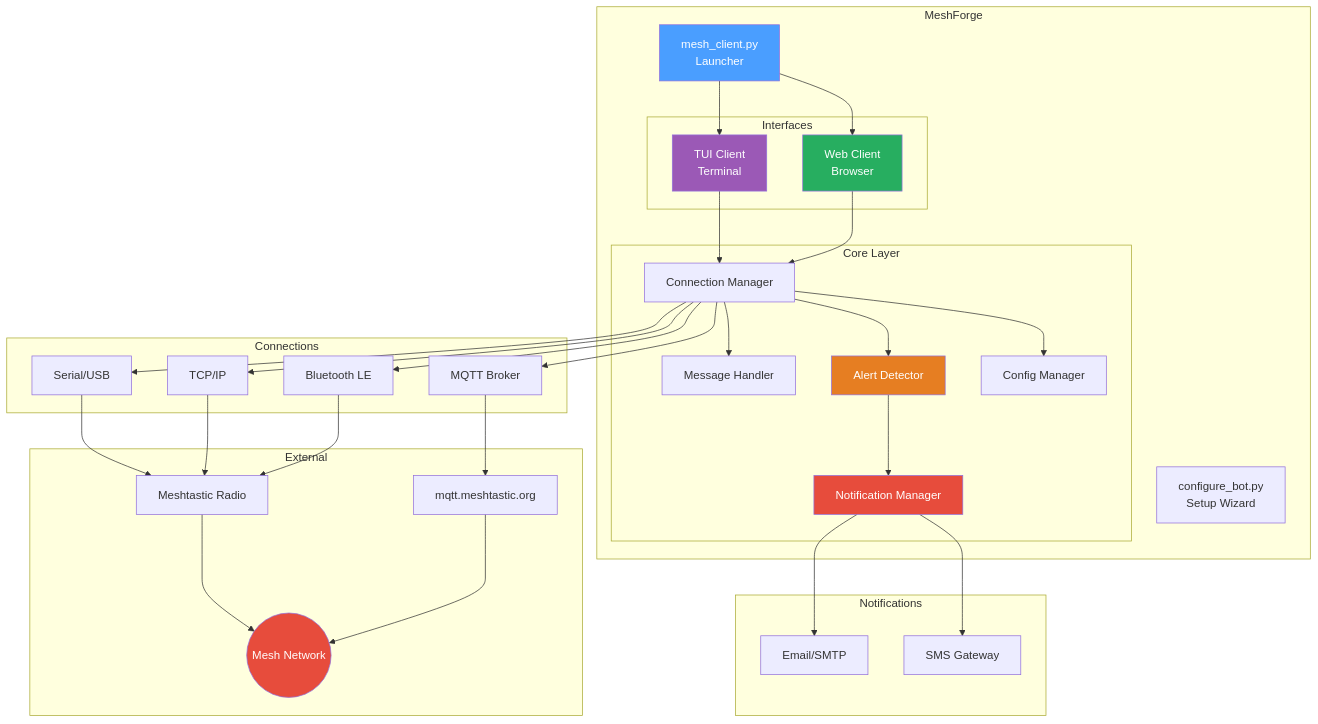
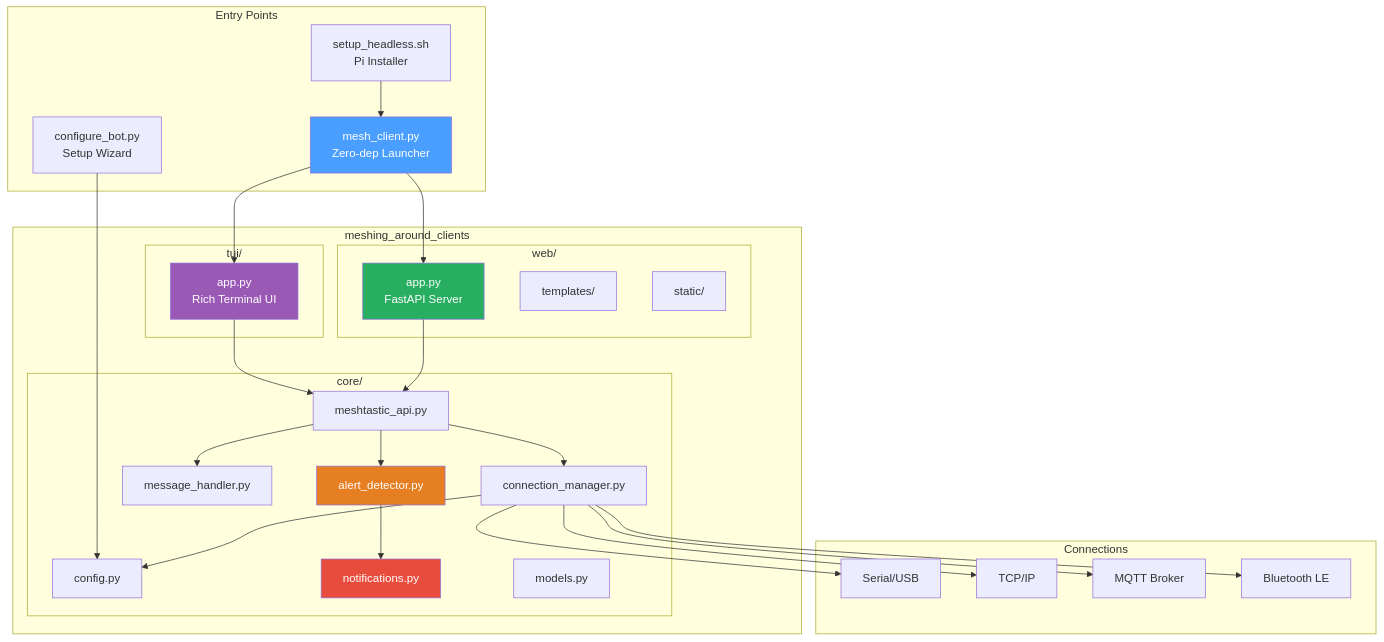
The second of 4 diagrams in README.md (Nursedude/meshing_around_meshforge), drawn with Mermaid before and after one commit. The commit also changed other lines of this file and 9 other files, not shown here.

````diff
--- a/README.md
+++ b/README.md
@@ -13,70 +71,61 @@
 ```mermaid
 graph TB
-    subgraph "MeshForge"
-        ML[mesh_client.py<br/>Launcher]
+    subgraph "Entry Points"
+        MC[mesh_client.py<br/>Zero-dep Launcher]
         CB[configure_bot.py<br/>Setup Wizard]
+        SH[setup_headless.sh<br/>Pi Installer]
+    end
 
-        subgraph "Interfaces"
-            TUI[TUI Client<br/>Terminal]
-            WEB[Web Client<br/>Browser]
+    subgraph "meshing_around_clients"
+        subgraph "core/"
+            CFG[config.py]
+            CONN[connection_manager.py]
+            API[meshtastic_api.py]
+            MSG[message_handler.py]
+            ALERT[alert_detector.py]
+            NOTIF[notifications.py]
+            MDL[models.py]
         end
 
-        subgraph "Core Layer"
-            CM[Connection Manager]
-            MH[Message Handler]
-            AD[Alert Detector]
-            NM[Notification Manager]
-            CFG[Config Manager]
+        subgraph "tui/"
+            TUIAPP[app.py<br/>Rich Terminal UI]
+        end
+
+        subgraph "web/"
+            WEBAPP[app.py<br/>FastAPI Server]
+            TPL[templates/]
+            STATIC[static/]
         end
     end
 
     subgraph "Connections"
         SER[Serial/USB]
-        TCP[TCP/IP]
-        MQTT[MQTT Broker]
-        BLE[Bluetooth LE]
+        TCPCON[TCP/IP]
+        MQTTCON[MQTT Broker]
+        BLECON[Bluetooth LE]
     end
 
-    subgraph "Notifications"
-        EMAIL[Email/SMTP]
-        SMS[SMS Gateway]
-    end
+    MC --> TUIAPP
+    MC --> WEBAPP
+    CB --> CFG
+    SH --> MC
 
-    subgraph "External"
-        RADIO[Meshtastic Radio]
-        BROKER[mqtt.meshtastic.org]
-        MESH((Mesh Network))
-    end
+    TUIAPP --> API
+    WEBAPP --> API
+    API --> CONN
+    API --> MSG
+    API --> ALERT
+    ALERT --> NOTIF
+    CONN --> CFG
 
-    ML --> TUI
-    ML --> WEB
-    TUI --> CM
-    WEB --> CM
-    CM --> MH
-    CM --> AD
-    AD --> NM
-    CM --> CFG
+    CONN --> SER
+    CONN --> TCPCON
+    CONN --> MQTTCON
+    CONN --> BLECON
 
-    NM --> EMAIL
-    NM --> SMS
-
-    CM --> SER
-    CM --> TCP
-    CM --> MQTT
-    CM --> BLE
-
-    SER --> RADIO
-    TCP --> RADIO
-    BLE --> RADIO
-    MQTT --> BROKER
-
-    RADIO --> MESH
-    BROKER --> MESH
-
-    style ML fill:#4a9eff,color:#fff
-    style TUI fill:#9b59b6,color:#fff
-    style WEB fill:#27ae60,color:#fff
-    style AD fill:#e67e22,color:#fff
-    style NM fill:#e74c3c,color:#fff
-    style MESH fill:#e74c3c,color:#fff
+    style MC fill:#4a9eff,color:#fff
+    style TUIAPP fill:#9b59b6,color:#fff
+    style WEBAPP fill:#27ae60,color:#fff
+    style ALERT fill:#e67e22,color:#fff
+    style NOTIF fill:#e74c3c,color:#fff
 ```
````
